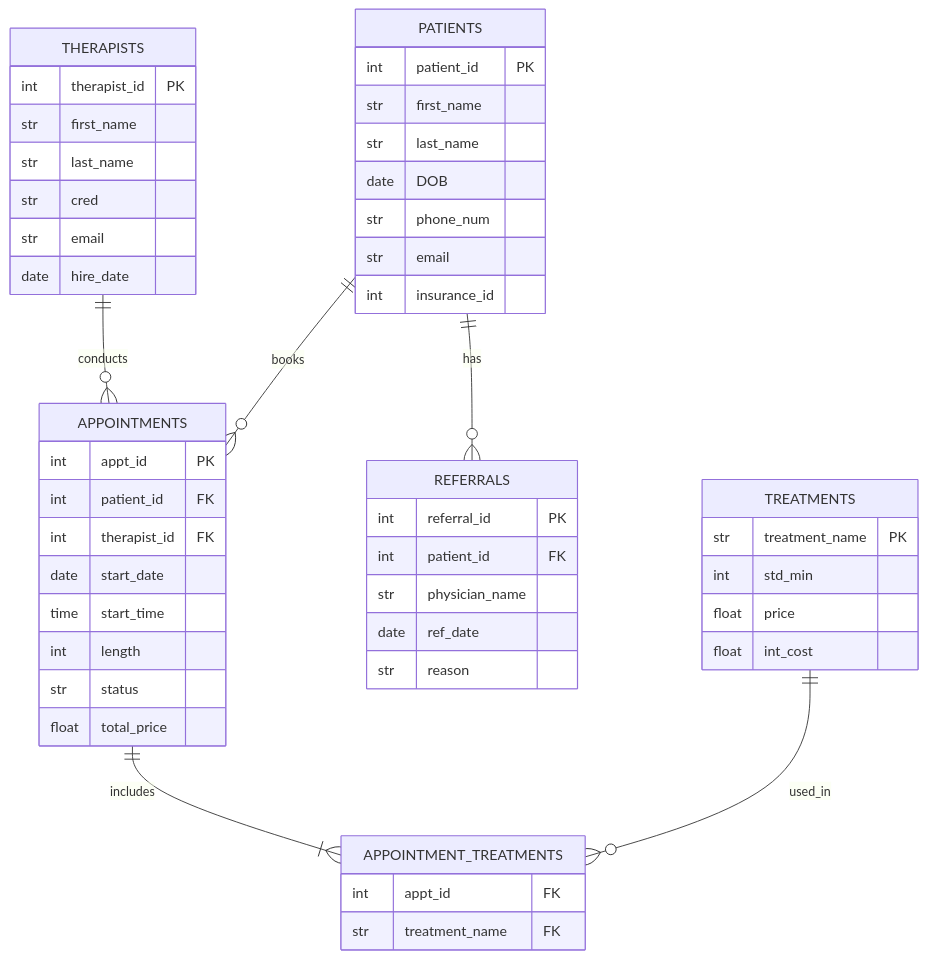
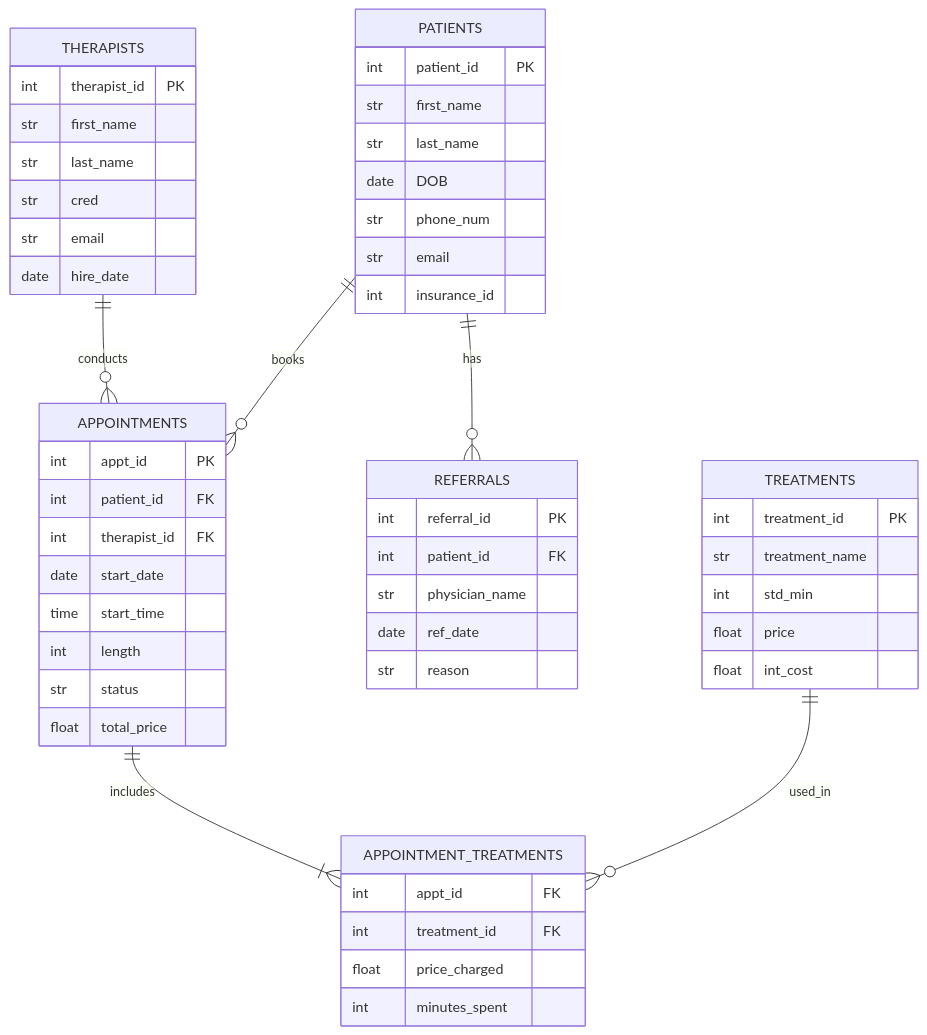
One commit to caramcav/oim7510 changed the diagram in projects/db/README.md. Above: the diagram before and after it, drawn with Mermaid. The commit also changed other lines of this file and 9 other files, not shown here.

````diff
--- a/projects/db/README.md
+++ b/projects/db/README.md
@@ -5,58 +5,61 @@
 ```mermaid
 erDiagram
     THERAPISTS ||--o{ APPOINTMENTS : conducts
     PATIENTS ||--o{ APPOINTMENTS : books
     PATIENTS ||--o{ REFERRALS : has
     APPOINTMENTS ||--|{ APPOINTMENT_TREATMENTS : includes
     TREATMENTS ||--o{ APPOINTMENT_TREATMENTS : used_in
 
     TREATMENTS {
-        str treatment_name PK
+        int treatment_id PK
+        str treatment_name
         int std_min
         float price
         float int_cost
     }
 
     THERAPISTS {
         int therapist_id PK
         str first_name
         str last_name
         str cred
         str email
         date hire_date
     }
 
     PATIENTS {
         int patient_id PK
         str first_name
         str last_name
         date DOB
         str phone_num
         str email
         int insurance_id
     }
 
     APPOINTMENTS {
         int appt_id PK
         int patient_id FK
         int therapist_id FK
         date start_date
         time start_time
         int length
         str status
         float total_price
     }
 
     APPOINTMENT_TREATMENTS {
         int appt_id FK
-        str treatment_name FK
+        int treatment_id FK
+        float price_charged
+        int minutes_spent
     }
 
     REFERRALS {
         int referral_id PK
         int patient_id FK
         str physician_name
         date ref_date
         str reason
     }
 ```
````
